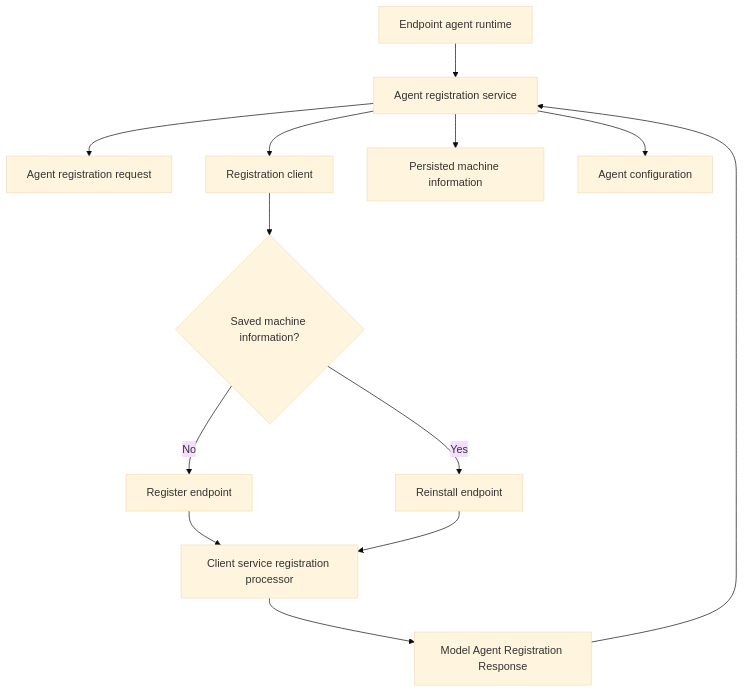
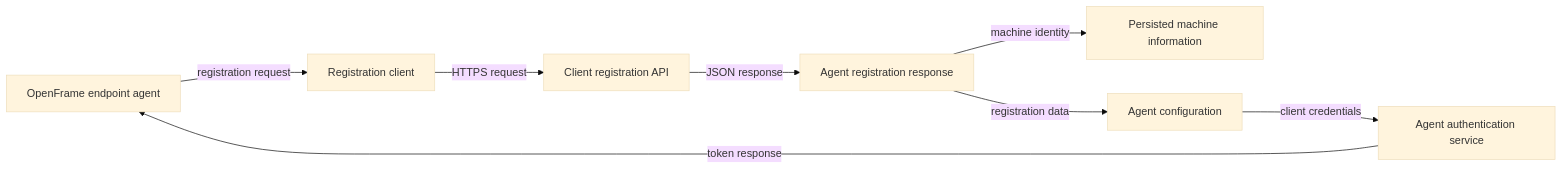
One commit to flamingo-stack/openframe-oss-tenant changed the first of 3 diagrams in docs/reference/architecture/openframe-client-core/model-agent-registration-response/model-agent-registration-response.md. Above: the diagram before and after it, drawn with Mermaid (base theme). The commit also changed other lines of this file and 2377 other files, not shown here.

````diff
--- a/docs/reference/architecture/openframe-client-core/model-agent-registration-response/model-agent-registration-response.md
+++ b/docs/reference/architecture/openframe-client-core/model-agent-registration-response/model-agent-registration-response.md
@@ -37,15 +33,10 @@
 ```mermaid
-flowchart TD
-    AgentRuntime["Endpoint agent runtime"] --> RegistrationService["Agent registration service"]
-    RegistrationService --> RequestModel["Agent registration request"]
-    RegistrationService --> RegistrationClient["Registration client"]
-    RegistrationClient --> FreshDecision{"Saved machine information?"}
-    FreshDecision -->|"No"| RegisterEndpoint["Register endpoint"]
-    FreshDecision -->|"Yes"| ReinstallEndpoint["Reinstall endpoint"]
-    RegisterEndpoint --> ServerProcessor["Client service registration processor"]
-    ReinstallEndpoint --> ServerProcessor
-    ServerProcessor --> ResponseModel["Model Agent Registration Response"]
-    ResponseModel --> RegistrationService
-    RegistrationService --> MachineInfo["Persisted machine information"]
-    RegistrationService --> Configuration["Agent configuration"]
+flowchart LR
+    Agent["OpenFrame endpoint agent"] -->|"registration request"| RegistrationClient["Registration client"]
+    RegistrationClient -->|"HTTPS request"| RegistrationApi["Client registration API"]
+    RegistrationApi -->|"JSON response"| ResponseModel["Agent registration response"]
+    ResponseModel -->|"machine identity"| MachineStore["Persisted machine information"]
+    ResponseModel -->|"registration data"| ConfigStore["Agent configuration"]
+    ConfigStore -->|"client credentials"| AuthService["Agent authentication service"]
+    AuthService -->|"token response"| Agent["OpenFrame endpoint agent"]
 ```
````
